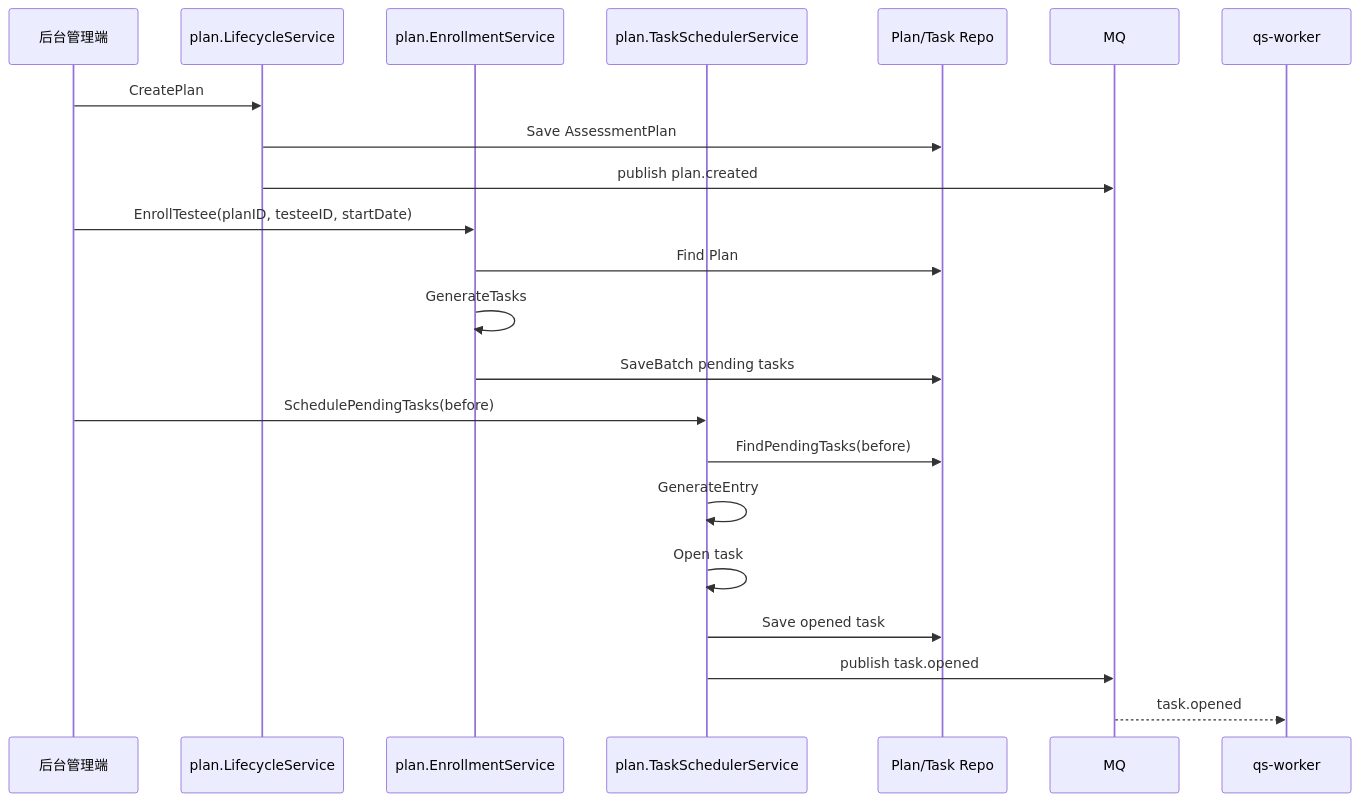
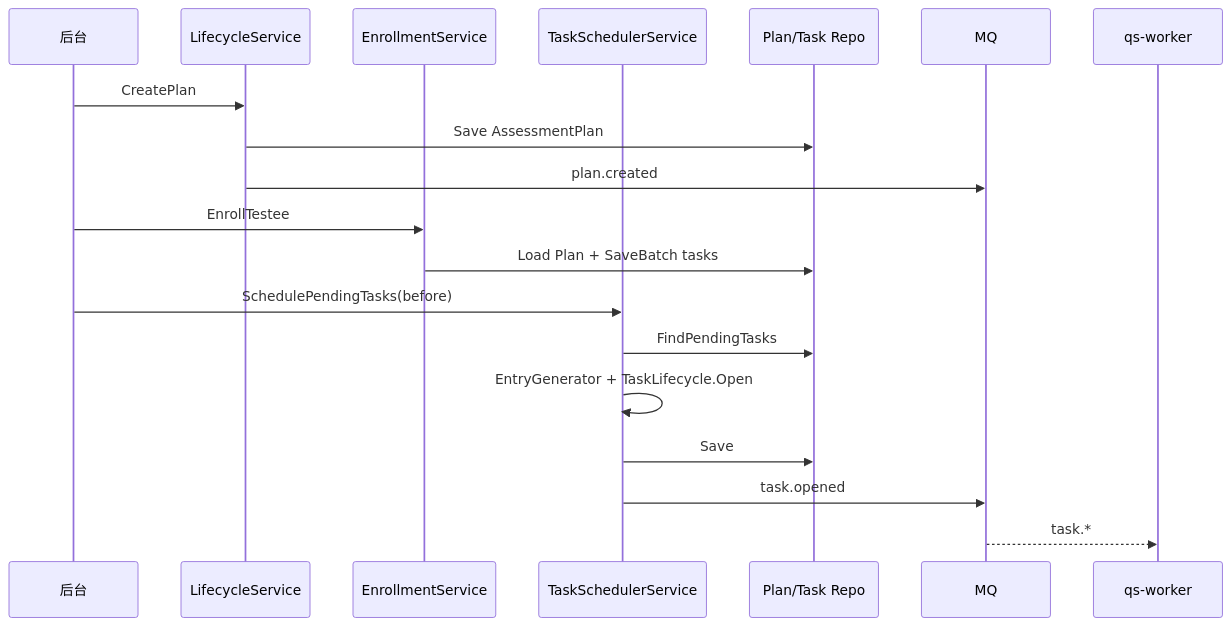
One commit to FangcunMount/qs-server changed the fourth of 4 diagrams in docs/02-业务模块/04-plan.md. Above: the diagram before and after it, drawn with Mermaid. The commit also changed other lines of this file and 34 other files, not shown here.

````diff
--- a/docs/02-业务模块/04-plan.md
+++ b/docs/02-业务模块/04-plan.md
@@ -222,25 +247,22 @@
 ```mermaid
 sequenceDiagram
-    participant Admin as 后台管理端
-    participant Plan as plan.LifecycleService
-    participant Enroll as plan.EnrollmentService
-    participant Scheduler as plan.TaskSchedulerService
+    participant Admin as 后台
+    participant L as LifecycleService
+    participant E as EnrollmentService
+    participant S as TaskSchedulerService
     participant Repo as Plan/Task Repo
     participant MQ as MQ
     participant Worker as qs-worker
 
-    Admin->>Plan: CreatePlan
-    Plan->>Repo: Save AssessmentPlan
-    Plan->>MQ: publish plan.created
-    Admin->>Enroll: EnrollTestee(planID, testeeID, startDate)
-    Enroll->>Repo: Find Plan
-    Enroll->>Enroll: GenerateTasks
-    Enroll->>Repo: SaveBatch pending tasks
-    Admin->>Scheduler: SchedulePendingTasks(before)
-    Scheduler->>Repo: FindPendingTasks(before)
-    Scheduler->>Scheduler: GenerateEntry
-    Scheduler->>Scheduler: Open task
-    Scheduler->>Repo: Save opened task
-    Scheduler->>MQ: publish task.opened
-    MQ-->>Worker: task.opened
+    Admin->>L: CreatePlan
+    L->>Repo: Save AssessmentPlan
+    L->>MQ: plan.created
+    Admin->>E: EnrollTestee
+    E->>Repo: Load Plan + SaveBatch tasks
+    Admin->>S: SchedulePendingTasks(before)
+    S->>Repo: FindPendingTasks
+    S->>S: EntryGenerator + TaskLifecycle.Open
+    S->>Repo: Save
+    S->>MQ: task.opened
+    MQ-->>Worker: task.*
 ```
````
